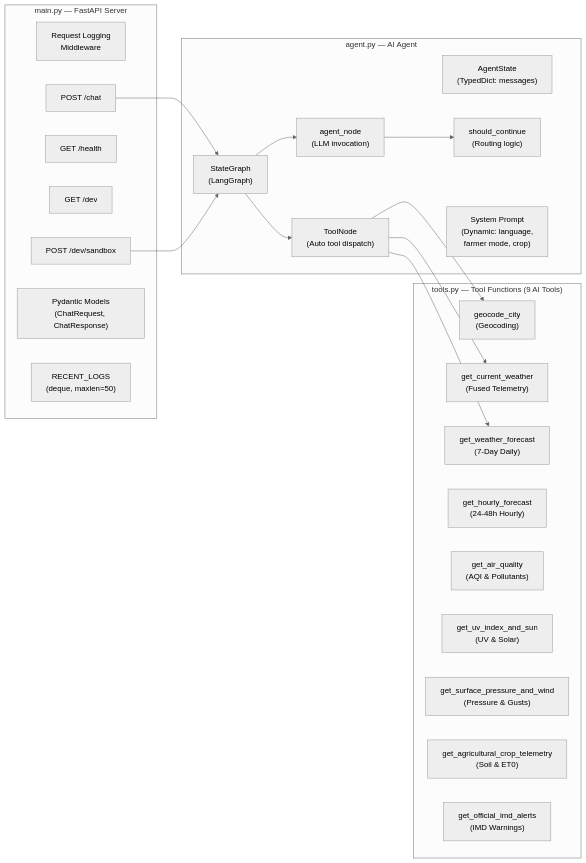
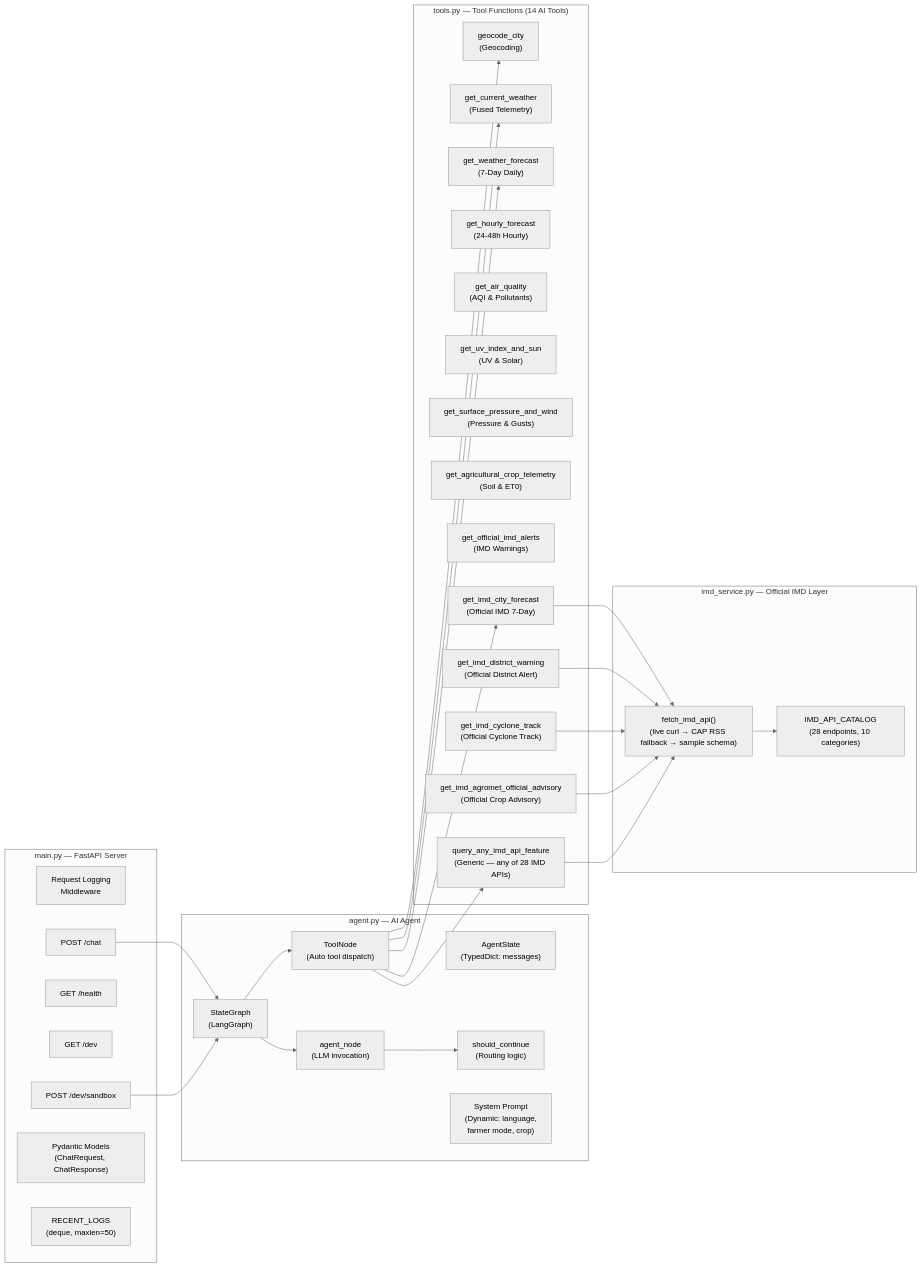
The second of 11 diagrams in frontend/WeatherGPT_Architecture.md (omsenjalia/weathergpt), drawn with Mermaid (neutral theme) before and after one commit. The commit also changed other lines of this file and 1 other file, not shown here.

````diff
--- a/frontend/WeatherGPT_Architecture.md
+++ b/frontend/WeatherGPT_Architecture.md
@@ -287,42 +303,60 @@
 ```mermaid
 graph LR
     subgraph "main.py — FastAPI Server"
         MW["Request Logging<br/>Middleware"]
         EP_CHAT["POST /chat"]
         EP_HEALTH["GET /health"]
         EP_DEV["GET /dev"]
         EP_SANDBOX["POST /dev/sandbox"]
         MODELS["Pydantic Models<br/>(ChatRequest, ChatResponse)"]
         LOGS["RECENT_LOGS<br/>(deque, maxlen=50)"]
     end
 
     subgraph "agent.py — AI Agent"
         STATE["AgentState<br/>(TypedDict: messages)"]
         GRAPH["StateGraph<br/>(LangGraph)"]
         AGENT_NODE["agent_node<br/>(LLM invocation)"]
         TOOL_NODE["ToolNode<br/>(Auto tool dispatch)"]
         CONTINUE["should_continue<br/>(Routing logic)"]
         PROMPT["System Prompt<br/>(Dynamic: language,<br/>farmer mode, crop)"]
     end
 
-    subgraph "tools.py — Tool Functions (9 AI Tools)"
+    subgraph "tools.py — Tool Functions (14 AI Tools)"
         T1["geocode_city<br/>(Geocoding)"]
         T2["get_current_weather<br/>(Fused Telemetry)"]
         T3["get_weather_forecast<br/>(7-Day Daily)"]
         T4["get_hourly_forecast<br/>(24-48h Hourly)"]
         T5["get_air_quality<br/>(AQI & Pollutants)"]
         T6["get_uv_index_and_sun<br/>(UV & Solar)"]
         T7["get_surface_pressure_and_wind<br/>(Pressure & Gusts)"]
         T8["get_agricultural_crop_telemetry<br/>(Soil & ET0)"]
         T9["get_official_imd_alerts<br/>(IMD Warnings)"]
+        T10["get_imd_city_forecast<br/>(Official IMD 7-Day)"]
+        T11["get_imd_district_warning<br/>(Official District Alert)"]
+        T12["get_imd_cyclone_track<br/>(Official Cyclone Track)"]
+        T13["get_imd_agromet_official_advisory<br/>(Official Crop Advisory)"]
+        T14["query_any_imd_api_feature<br/>(Generic — any of 28 IMD APIs)"]
+    end
+
+    subgraph "imd_service.py — Official IMD Layer"
+        CAT["IMD_API_CATALOG<br/>(28 endpoints, 10 categories)"]
+        FETCH["fetch_imd_api()<br/>(live curl → CAP RSS fallback → sample schema)"]
     end
 
     EP_CHAT --> GRAPH
     EP_SANDBOX --> GRAPH
     GRAPH --> AGENT_NODE
     GRAPH --> TOOL_NODE
     AGENT_NODE --> CONTINUE
     TOOL_NODE --> T1
     TOOL_NODE --> T2
     TOOL_NODE --> T3
+    TOOL_NODE --> T10
+    TOOL_NODE --> T14
+    T10 --> FETCH
+    T11 --> FETCH
+    T12 --> FETCH
+    T13 --> FETCH
+    T14 --> FETCH
+    FETCH --> CAT
 ```
````
